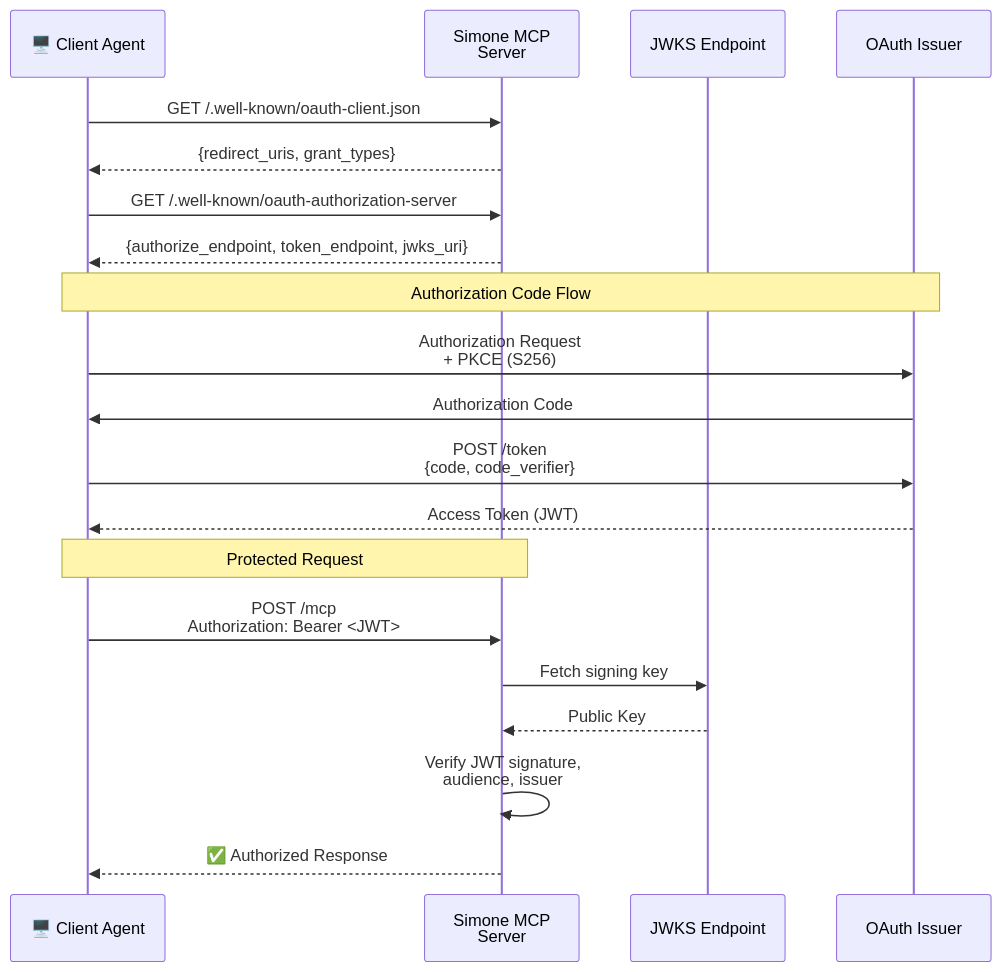
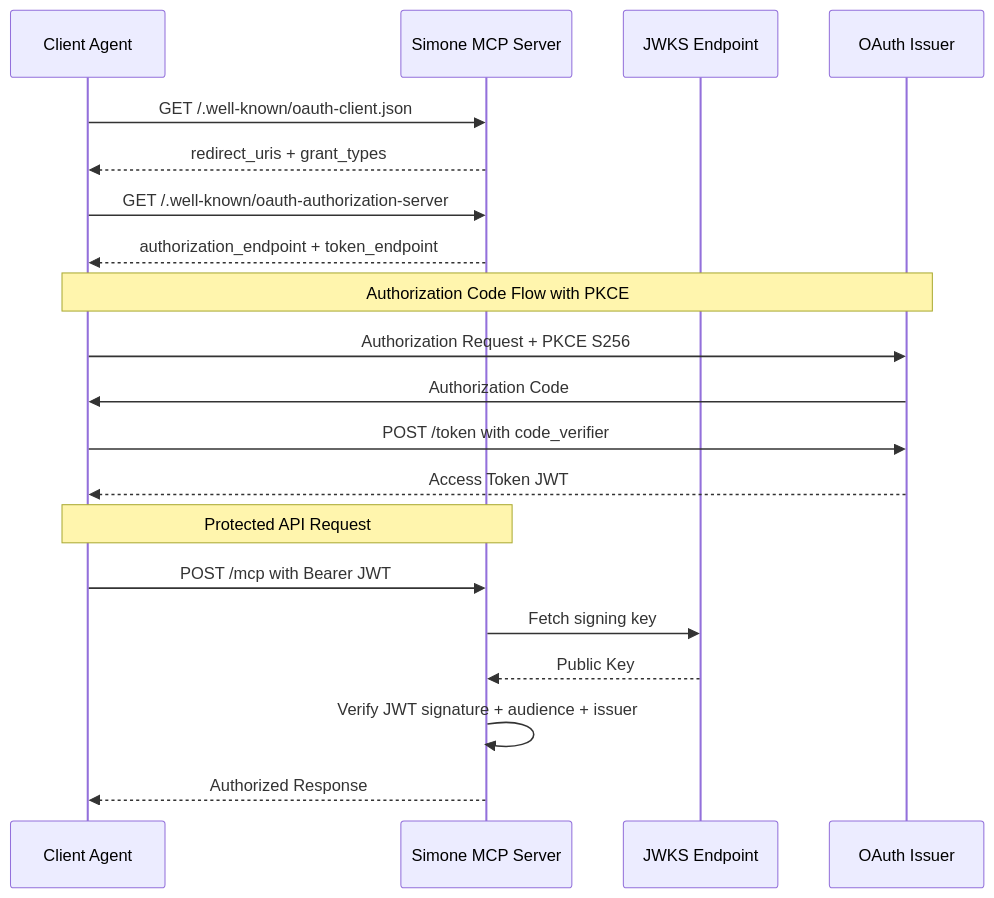
Before and after one commit to OpenSIN-Code/SIN-Code: the sixth of 15 diagrams in legacy/simone-mcp/docs/architecture.md, drawn with Mermaid. The commit also changed other lines of this file, not shown here.

First line of the commit message:
Fix ALL Mermaid diagram syntax errors - enterprise-level compliance

````diff
--- a/legacy/simone-mcp/docs/architecture.md
+++ b/legacy/simone-mcp/docs/architecture.md
@@ -245,27 +252,27 @@
 ```mermaid
 sequenceDiagram
-    participant Client as 🖥️ Client Agent
-    participant Simone as Simone MCP<br/>Server
+    participant Client as Client Agent
+    participant Simone as Simone MCP Server
     participant JWKS as JWKS Endpoint
     participant Issuer as OAuth Issuer
 
     Client->>Simone: GET /.well-known/oauth-client.json
-    Simone-->>Client: {redirect_uris, grant_types}
+    Simone-->>Client: redirect_uris + grant_types
     
     Client->>Simone: GET /.well-known/oauth-authorization-server
-    Simone-->>Client: {authorize_endpoint, token_endpoint, jwks_uri}
+    Simone-->>Client: authorization_endpoint + token_endpoint
     
-    Note over Client,Issuer: Authorization Code Flow
-    Client->>Issuer: Authorization Request<br/>+ PKCE (S256)
+    Note over Client,Issuer: Authorization Code Flow with PKCE
+    Client->>Issuer: Authorization Request + PKCE S256
     Issuer->>Client: Authorization Code
     
-    Client->>Issuer: POST /token<br/>{code, code_verifier}
-    Issuer-->>Client: Access Token (JWT)
+    Client->>Issuer: POST /token with code_verifier
+    Issuer-->>Client: Access Token JWT
     
-    Note over Client,Simone: Protected Request
-    Client->>Simone: POST /mcp<br/>Authorization: Bearer <JWT>
+    Note over Client,Simone: Protected API Request
+    Client->>Simone: POST /mcp with Bearer JWT
     Simone->>JWKS: Fetch signing key
     JWKS-->>Simone: Public Key
-    Simone->>Simone: Verify JWT signature,<br/>audience, issuer
-    Simone-->>Client: ✅ Authorized Response
+    Simone->>Simone: Verify JWT signature + audience + issuer
+    Simone-->>Client: Authorized Response
 ```
````
